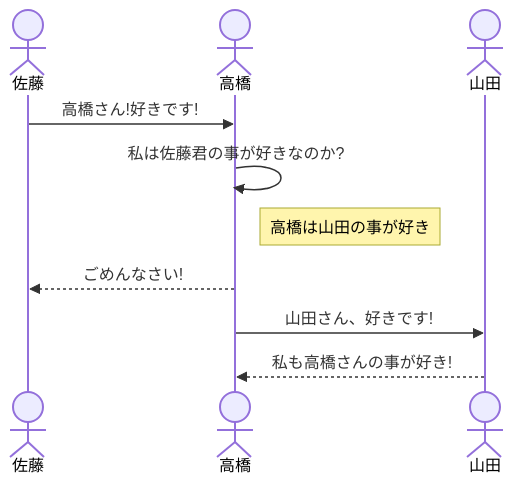
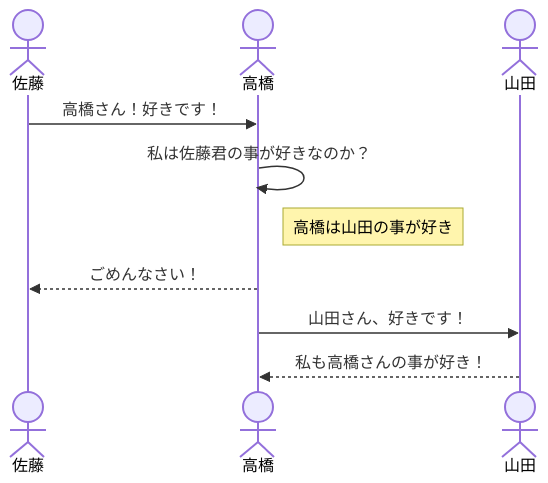
Before and after one commit to tpu-game-2023/mermaid_test: the second of 3 diagrams in README.md, drawn with Mermaid. The commit also changed other lines of this file, not shown here.

````diff
--- a/README.md
+++ b/README.md
@@ -54,12 +44,12 @@
 ```mermaid
 sequenceDiagram
     actor 佐藤
     actor 高橋
     actor 山田
-    佐藤->>高橋: 高橋さん!好きです!
-    高橋->>高橋:私は佐藤君の事が好きなのか?
+    佐藤->>高橋: 高橋さん！好きです！
+    高橋->>高橋:私は佐藤君の事が好きなのか？
     Note right of 高橋:高橋は山田の事が好き
-    高橋-->>佐藤: ごめんなさい!
-    高橋->>山田:山田さん、好きです!
-    山田-->>高橋:私も高橋さんの事が好き!
+    高橋-->>佐藤: ごめんなさい！
+    高橋->>山田:山田さん、好きです！
+    山田-->>高橋:私も高橋さんの事が好き！
 ```
````
